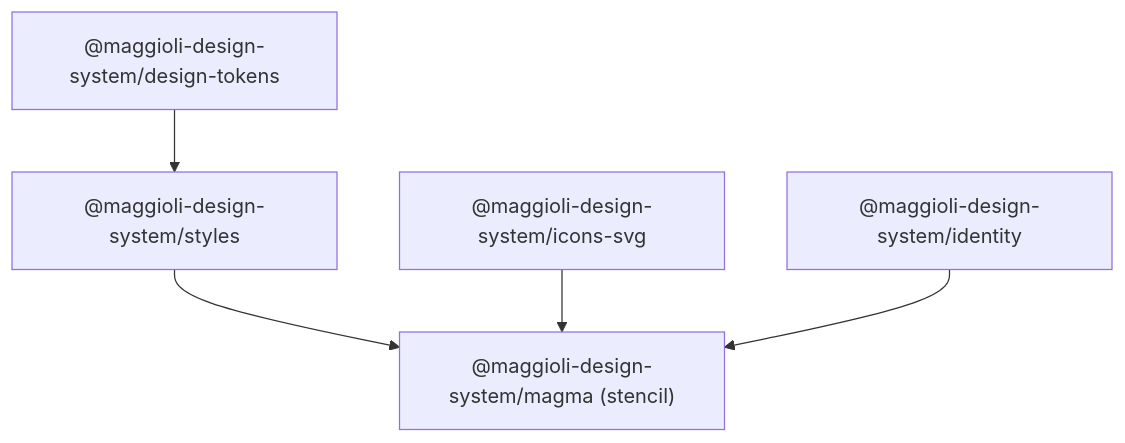
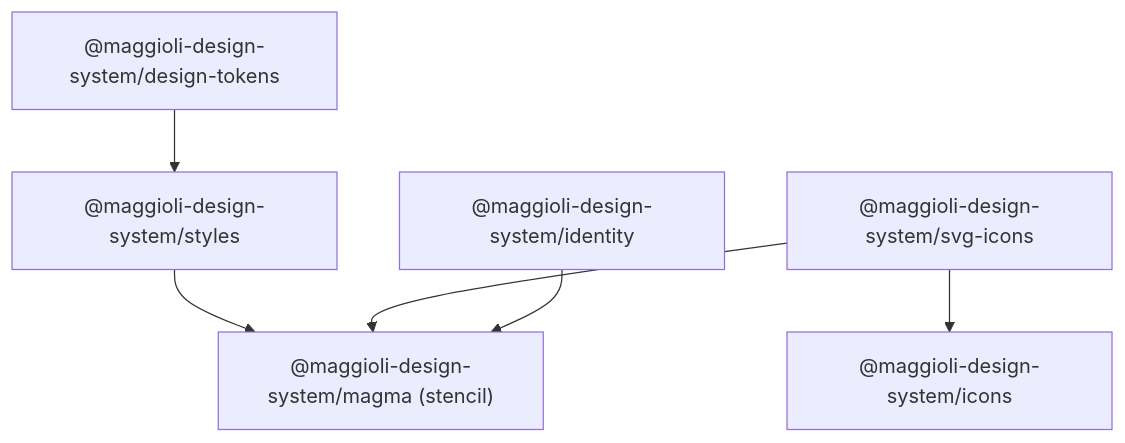
Before and after one commit to magma-design-system/magma: the first of 2 diagrams in docs/ARCHITECTURE.md, drawn with Mermaid. The commit also changed other lines of this file and 4 other files, not shown here.

````diff
--- a/docs/ARCHITECTURE.md
+++ b/docs/ARCHITECTURE.md
@@ -7,13 +7,15 @@
 ```mermaid
 graph TD
   DT["@maggioli-design-system/design-tokens"]
   ID["@maggioli-design-system/identity"]
-  IC["@maggioli-design-system/icons-svg"]
+  SI["@maggioli-design-system/svg-icons"]
+  IC["@maggioli-design-system/icons"]
   ST["@maggioli-design-system/styles"]
   WC["@maggioli-design-system/magma (stencil)"]
 
   DT --> ST
   ST --> WC
-  IC --> WC
+  SI --> IC
+  SI --> WC
   ID --> WC
 ```
````
